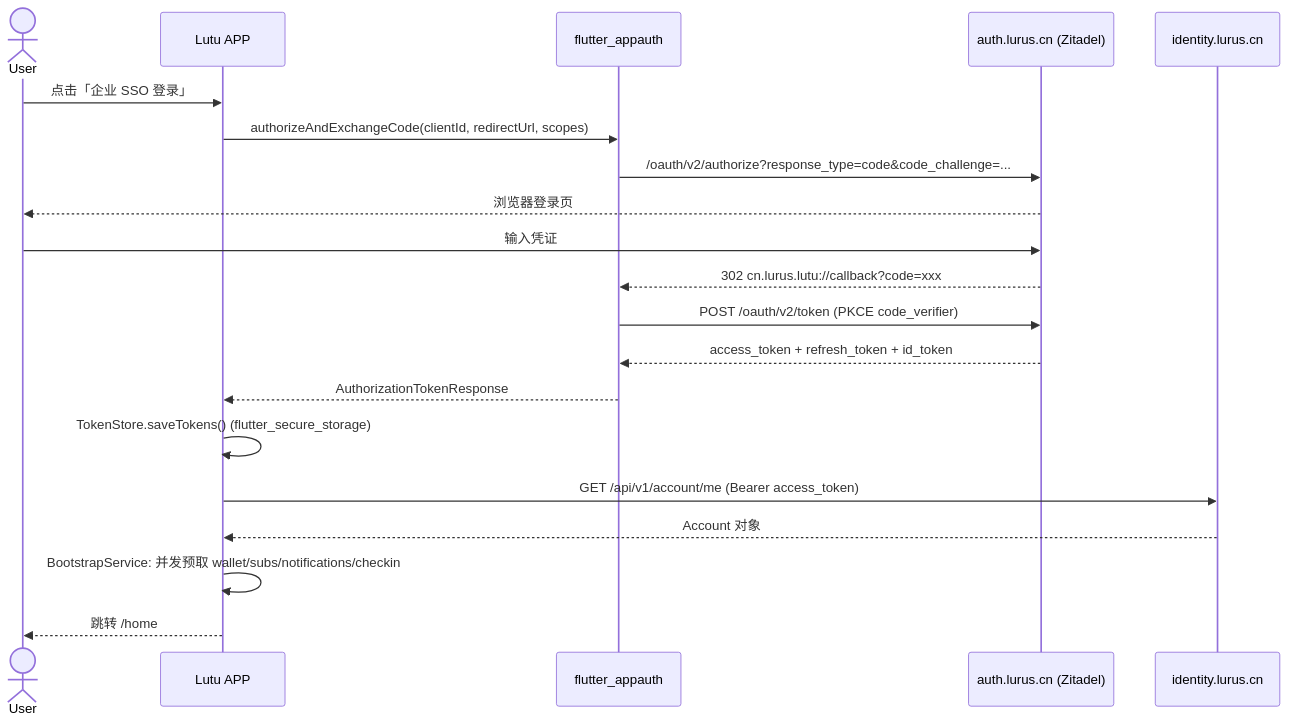
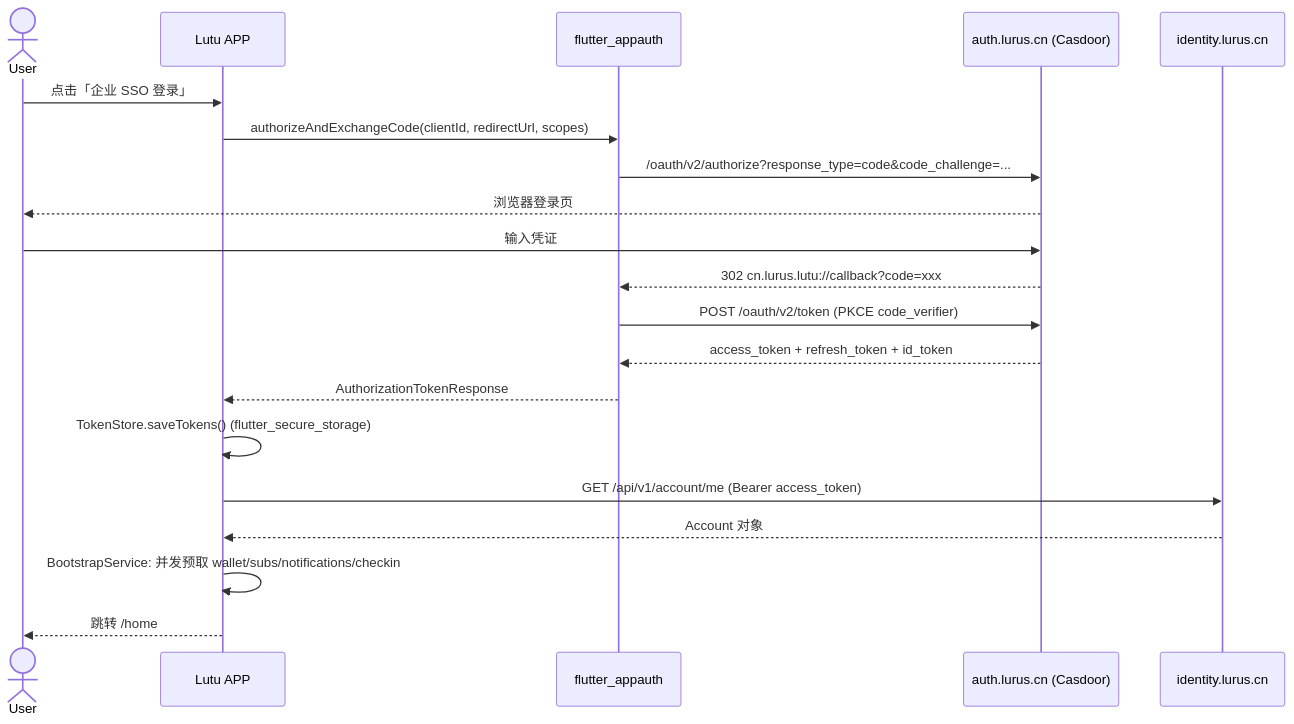
Before and after one commit to hanmahong5-arch/lurus-docs: the second of 7 diagrams in internal/products/lutu.md, drawn with Mermaid. The commit also changed other lines of this file and 30 other files, not shown here.

Commit message:
docs(internal): IdP 术语同步 Zitadel → Casdoor(vendor-neutral OIDC 迁移文档面)

````diff
--- a/internal/products/lutu.md
+++ b/internal/products/lutu.md
@@ -86,23 +86,23 @@
 ```mermaid
 sequenceDiagram
     actor User
     participant App as Lutu APP
     participant AppAuth as flutter_appauth
-    participant Zitadel as auth.lurus.cn (Zitadel)
+    participant Casdoor as auth.lurus.cn (Casdoor)
     participant Platform as identity.lurus.cn
 
     User->>App: 点击「企业 SSO 登录」
     App->>AppAuth: authorizeAndExchangeCode(clientId, redirectUrl, scopes)
-    AppAuth->>Zitadel: /oauth/v2/authorize?response_type=code&code_challenge=...
-    Zitadel-->>User: 浏览器登录页
-    User->>Zitadel: 输入凭证
-    Zitadel-->>AppAuth: 302 cn.lurus.lutu://callback?code=xxx
-    AppAuth->>Zitadel: POST /oauth/v2/token (PKCE code_verifier)
-    Zitadel-->>AppAuth: access_token + refresh_token + id_token
+    AppAuth->>Casdoor: /oauth/v2/authorize?response_type=code&code_challenge=...
+    Casdoor-->>User: 浏览器登录页
+    User->>Casdoor: 输入凭证
+    Casdoor-->>AppAuth: 302 cn.lurus.lutu://callback?code=xxx
+    AppAuth->>Casdoor: POST /oauth/v2/token (PKCE code_verifier)
+    Casdoor-->>AppAuth: access_token + refresh_token + id_token
     AppAuth-->>App: AuthorizationTokenResponse
     App->>App: TokenStore.saveTokens() (flutter_secure_storage)
     App->>Platform: GET /api/v1/account/me (Bearer access_token)
     Platform-->>App: Account 对象
     App->>App: BootstrapService: 并发预取 wallet/subs/notifications/checkin
     App-->>User: 跳转 /home
 ```
````
